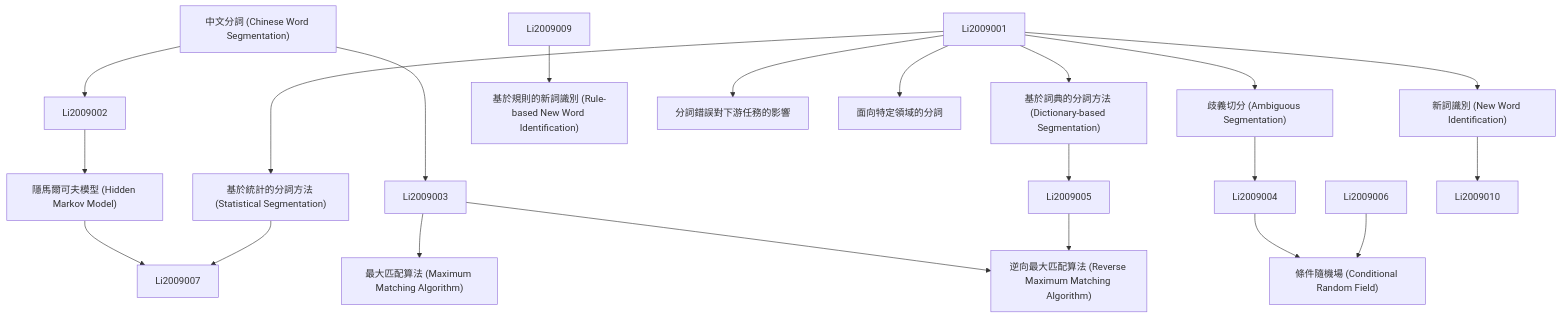
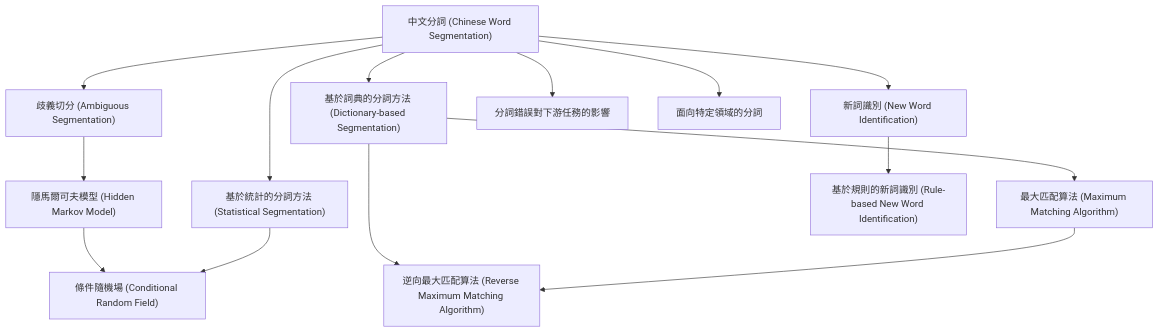
The diagram in output/zettelkasten_notes/zettel_Li-2009_20251104/zettel_index.md (SCgeeker/Claude_Journal_Club_Agents), drawn with Mermaid before and after one commit. The commit also changed 776 other files, not shown here.

````diff
--- a/output/zettelkasten_notes/zettel_Li-2009_20251104/zettel_index.md
+++ b/output/zettelkasten_notes/zettel_Li-2009_20251104/zettel_index.md
@@ -92,68 +92,59 @@
 ```mermaid
 graph TD
 
     Li-2009-001["中文分詞 (Chinese Word Segmentation)"]
 
     Li-2009-002["歧義切分 (Ambiguous Segmentation)"]
 
     Li-2009-003["基於詞典的分詞方法 (Dictionary-based Segmentation)"]
 
     Li-2009-004["隱馬爾可夫模型 (Hidden Markov Model)"]
 
     Li-2009-005["最大匹配算法 (Maximum Matching Algorithm)"]
 
     Li-2009-006["基於統計的分詞方法 (Statistical Segmentation)"]
 
     Li-2009-007["條件隨機場 (Conditional Random Field)"]
 
     Li-2009-008["逆向最大匹配算法 (Reverse Maximum Matching Algorithm)"]
 
     Li-2009-009["新詞識別 (New Word Identification)"]
 
     Li-2009-010["基於規則的新詞識別 (Rule-based New Word Identification)"]
 
     Li-2009-011["分詞錯誤對下游任務的影響"]
 
     Li-2009-012["面向特定領域的分詞"]
 
-    Li-2009-001 --> Li2009002
+    Li-2009-001 --> Li-2009-002
 
-    Li-2009-001 --> Li2009003
+    Li-2009-001 --> Li-2009-003
 
-    Li2009001 --> Li-2009-002
 
-    Li-2009-002 --> Li2009004
+    Li-2009-002 --> Li-2009-004
 
-    Li2009001 --> Li-2009-003
 
-    Li-2009-003 --> Li2009005
+    Li-2009-003 --> Li-2009-005
 
-    Li2009002 --> Li-2009-004
 
-    Li-2009-004 --> Li2009007
+    Li-2009-004 --> Li-2009-007
 
-    Li2009003 --> Li-2009-005
 
-    Li2009001 --> Li-2009-006
+    Li-2009-001 --> Li-2009-006
 
-    Li-2009-006 --> Li2009007
+    Li-2009-006 --> Li-2009-007
 
-    Li2009004 --> Li-2009-007
+    Li-2009-003 --> Li-2009-008
 
-    Li2009006 --> Li-2009-007
+    Li-2009-005 --> Li-2009-008
 
-    Li2009003 --> Li-2009-008
+    Li-2009-001 --> Li-2009-009
 
-    Li2009005 --> Li-2009-008
+    Li-2009-009 --> Li-2009-010
 
-    Li2009001 --> Li-2009-009
 
-    Li-2009-009 --> Li2009010
+    Li-2009-001 --> Li-2009-011
 
-    Li2009009 --> Li-2009-010
-
-    Li2009001 --> Li-2009-011
-
-    Li2009001 --> Li-2009-012
+    Li-2009-001 --> Li-2009-012
 
 ```
````
